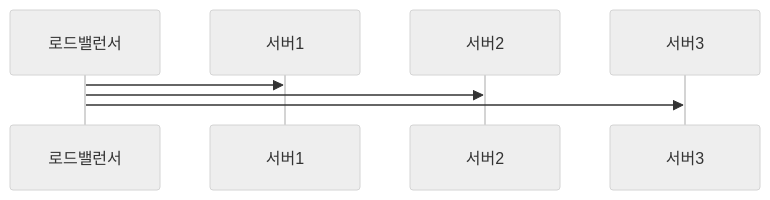
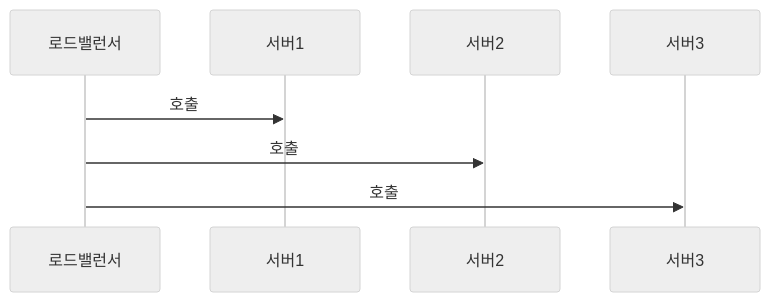
One commit to yjkim2015/yjkim2015.github.io changed the ninth of 13 diagrams in _posts/spring/2026-05-01-rate-limiting.md. Above: the diagram before and after it, drawn with Mermaid (neutral theme). The commit also changed other lines of this file and 85 other files, not shown here.

First line of the commit message:
sequenceDiagram 문법 에러 2차 수정 169개 (86파일)

````diff
--- a/_posts/spring/2026-05-01-rate-limiting.md
+++ b/_posts/spring/2026-05-01-rate-limiting.md
@@ -681,6 +681,6 @@
 ```mermaid
 sequenceDiagram
-    로드밸런서->>서버1:
-    로드밸런서->>서버2:
-    로드밸런서->>서버3:
+    로드밸런서->>서버1: 호출
+    로드밸런서->>서버2: 호출
+    로드밸런서->>서버3: 호출
 ```
````
